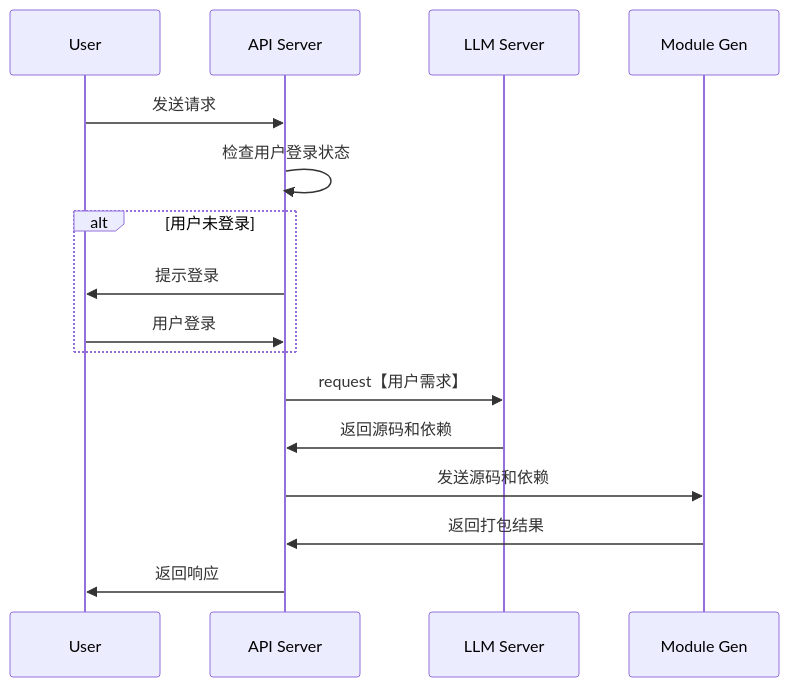
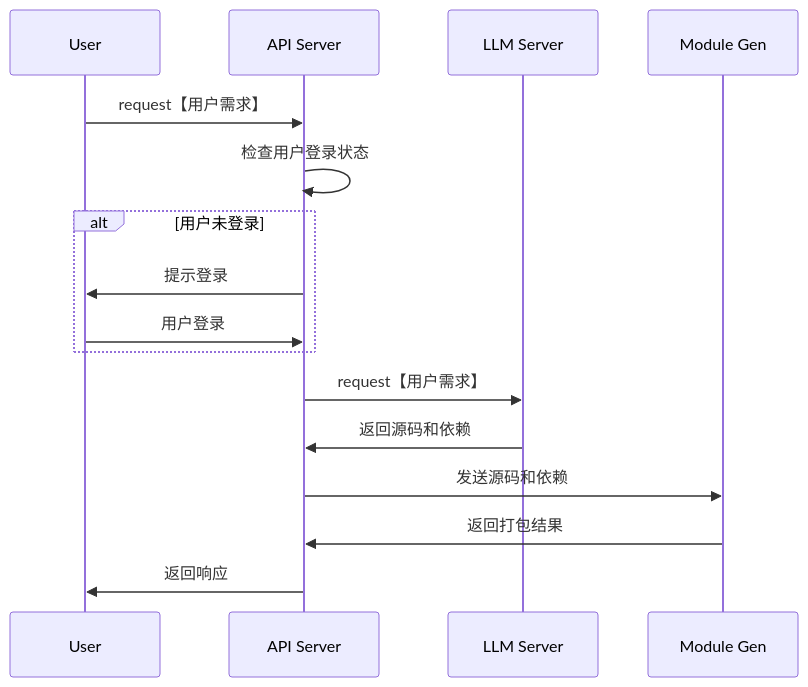
Before and after one commit to yingjianzh/iodraw-files: the diagram in all/未命名-7.md, drawn with Mermaid.

Commit message:
2024-10-08 15:36:25 update

````diff
--- a/all/未命名-7.md
+++ b/all/未命名-7.md
@@ -1,23 +1,23 @@
 ```mermaid
 sequenceDiagram
     participant User
     participant API Server
     participant LLM Server
     participant Module Gen
 
-    User->>API Server: 发送请求
+    User->>API Server: request【用户需求】
     API Server->>API Server: 检查用户登录状态
     alt 用户未登录
         API Server->>User: 提示登录
         User->>API Server: 用户登录
     end
 
     API Server->>LLM Server: request【用户需求】
     LLM Server->>API Server: 返回源码和依赖
 
     API Server->>Module Gen: 发送源码和依赖
     Module Gen->>API Server: 返回打包结果
 
     API Server->>User: 返回响应
 
 ```
````
